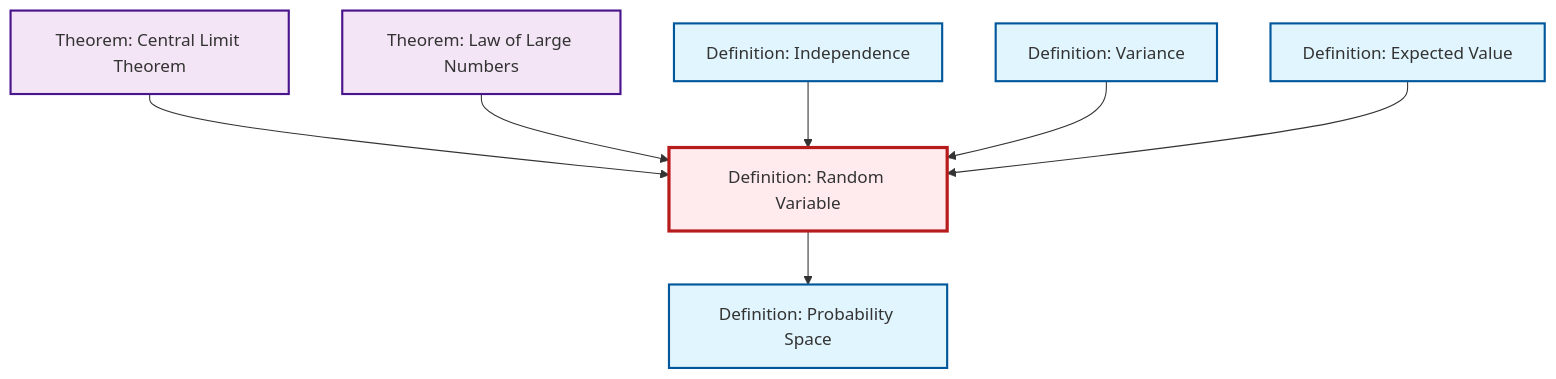
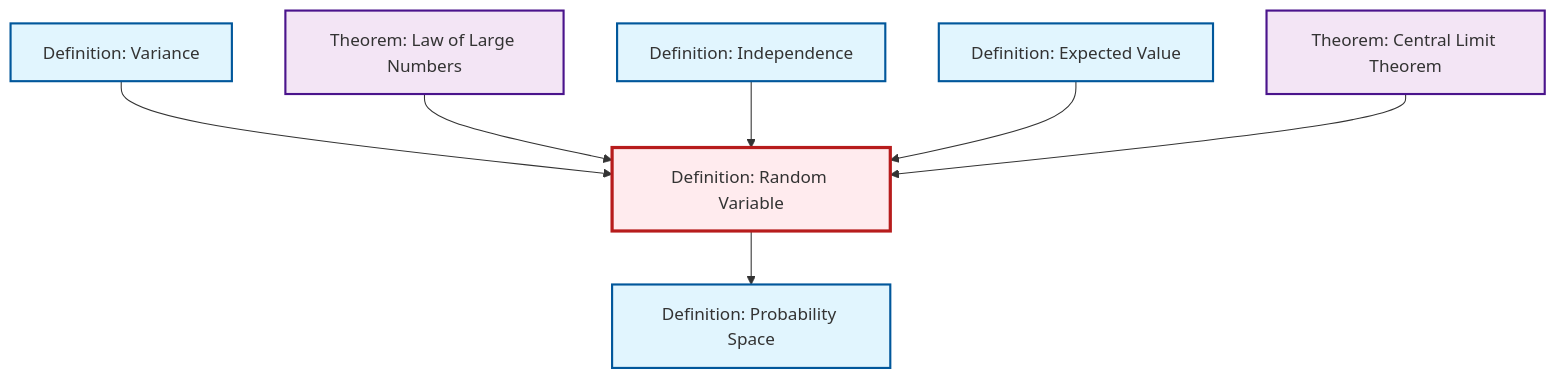
One commit to RK0429/ModernMath changed the diagram in content/ja/probability-statistics/def-random-variable.qmd. Above: the diagram before and after it, drawn with Mermaid. The commit also changed other lines of this file and 360 other files, not shown here.

````diff
--- a/content/ja/probability-statistics/def-random-variable.qmd
+++ b/content/ja/probability-statistics/def-random-variable.qmd
@@ -48,29 +48,29 @@
 ```{mermaid}
 %%| fig-cap: "Local dependency graph"
 graph TD
     classDef definition fill:#e1f5fe,stroke:#01579b,stroke-width:2px
     classDef theorem fill:#f3e5f5,stroke:#4a148c,stroke-width:2px
     classDef axiom fill:#fff3e0,stroke:#e65100,stroke-width:2px
     classDef example fill:#e8f5e9,stroke:#1b5e20,stroke-width:2px
     classDef current fill:#ffebee,stroke:#b71c1c,stroke-width:3px
+    def-probability-space["Definition: Probability Space"]:::definition
     def-expectation["Definition: Expected Value"]:::definition
+    def-random-variable["Definition: Random Variable"]:::definition
+    def-independence["Definition: Independence"]:::definition
     thm-central-limit["Theorem: Central Limit Theorem"]:::theorem
-    def-random-variable["Definition: Random Variable"]:::definition
+    def-variance["Definition: Variance"]:::definition
     thm-law-of-large-numbers["Theorem: Law of Large Numbers"]:::theorem
-    def-independence["Definition: Independence"]:::definition
-    def-probability-space["Definition: Probability Space"]:::definition
-    def-variance["Definition: Variance"]:::definition
-    thm-central-limit --> def-random-variable
+    def-random-variable --> def-probability-space
+    def-variance --> def-random-variable
     thm-law-of-large-numbers --> def-random-variable
     def-independence --> def-random-variable
-    def-variance --> def-random-variable
     def-expectation --> def-random-variable
-    def-random-variable --> def-probability-space
+    thm-central-limit --> def-random-variable
     class def-random-variable current
+    click def-probability-space "def-probability-space.html" "Definition: Probability Spaceへ"
     click def-expectation "def-expectation.html" "Definition: Expected Valueへ"
+    click def-independence "def-independence.html" "Definition: Independenceへ"
     click thm-central-limit "thm-central-limit.html" "Theorem: Central Limit Theoremへ"
+    click def-variance "def-variance.html" "Definition: Varianceへ"
     click thm-law-of-large-numbers "thm-law-of-large-numbers.html" "Theorem: Law of Large Numbersへ"
-    click def-independence "def-independence.html" "Definition: Independenceへ"
-    click def-probability-space "def-probability-space.html" "Definition: Probability Spaceへ"
-    click def-variance "def-variance.html" "Definition: Varianceへ"
 ```
````
